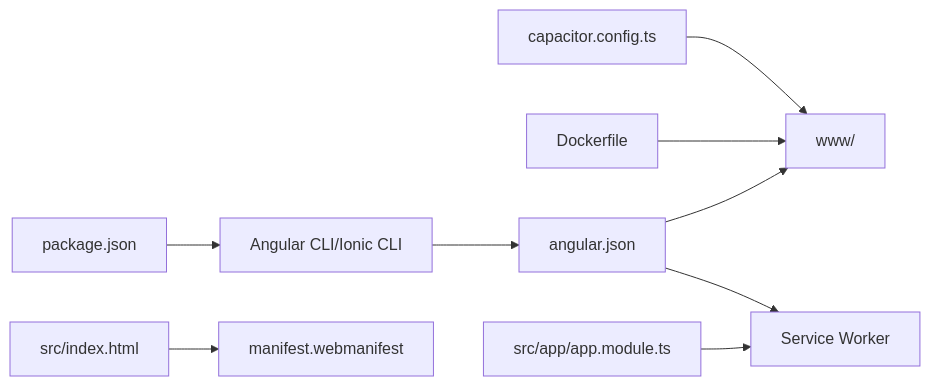
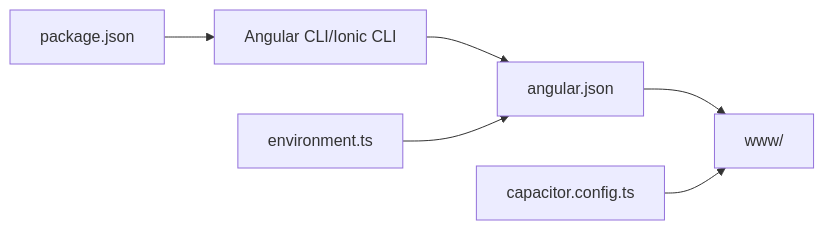
One commit to dingxyang/Macro-Deck-Client-App changed the fifth of 5 diagrams in .qoder/repowiki/zh/content/构建与部署/平台部署/Web_PWA部署.md. Above: the diagram before and after it, drawn with Mermaid. The commit also changed other lines of this file and 47 other files, not shown here.

````diff
--- a/.qoder/repowiki/zh/content/构建与部署/平台部署/Web_PWA部署.md
+++ b/.qoder/repowiki/zh/content/构建与部署/平台部署/Web_PWA部署.md
@@ -283,11 +192,8 @@
 ```mermaid
 graph LR
 pkg["package.json"] --> cli["Angular CLI/Ionic CLI"]
 cli --> cfg["angular.json"]
 cfg --> out["www/"]
-docker["Dockerfile"] --> out
-idx["src/index.html"] --> mani["manifest.webmanifest"]
-app["src/app/app.module.ts"] --> sw["Service Worker"]
-cfg --> sw
 cap["capacitor.config.ts"] --> out
+env["environment.ts"] --> cfg
 ```
````
